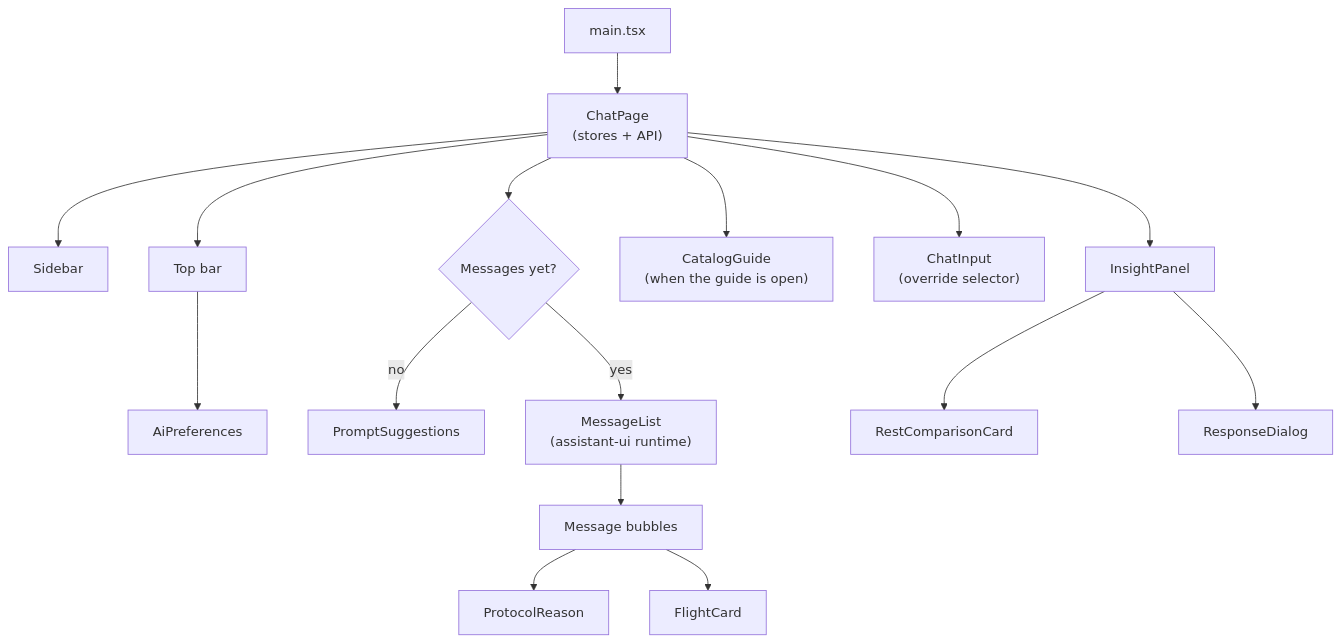
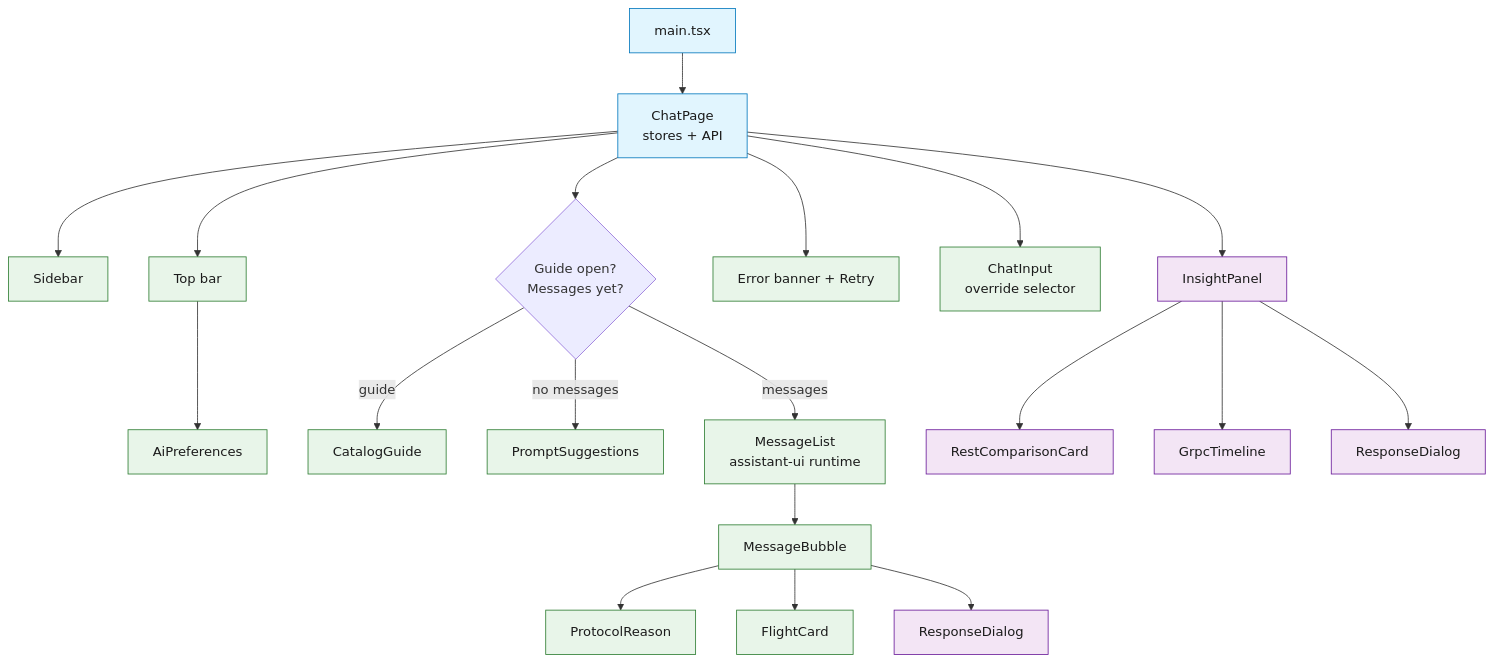
Before and after one commit to spietrek-insight/rest-graphql-grpc-ai-routing: the fourth of 7 diagrams in docs/study-guide-frontend.md, drawn with Mermaid. The commit also changed other lines of this file and 2 other files, not shown here.

Commit message:
update study guide and deck

````diff
--- a/docs/study-guide-frontend.md
+++ b/docs/study-guide-frontend.md
@@ -57,18 +802,27 @@
 ```mermaid
 flowchart TD
-    M["main.tsx"] --> P["ChatPage<br/>(stores + API)"]
+    M["main.tsx"] --> P["ChatPage<br/>stores + API"]
     P --> SB["Sidebar"]
     P --> TB["Top bar"]
     TB --> AP["AiPreferences"]
-    P --> W{"Messages yet?"}
-    W -- no --> PS["PromptSuggestions"]
-    W -- yes --> ML["MessageList<br/>(assistant-ui runtime)"]
-    ML --> MB["Message bubbles"]
+    P --> W{"Guide open?<br/>Messages yet?"}
+    W -- "guide" --> CG["CatalogGuide"]
+    W -- "no messages" --> PS["PromptSuggestions"]
+    W -- "messages" --> ML["MessageList<br/>assistant-ui runtime"]
+    ML --> MB["MessageBubble"]
     MB --> PR["ProtocolReason"]
     MB --> FC["FlightCard"]
-    P --> CG["CatalogGuide<br/>(when the guide is open)"]
-    P --> CI["ChatInput<br/>(override selector)"]
+    MB --> RD1["ResponseDialog"]
+    P --> EB["Error banner + Retry"]
+    P --> CI["ChatInput<br/>override selector"]
     P --> IP["InsightPanel"]
     IP --> RC["RestComparisonCard"]
-    IP --> RD["ResponseDialog"]
+    IP --> GT["GrpcTimeline"]
+    IP --> RD2["ResponseDialog"]
+    classDef runtime fill:#e1f5fe,stroke:#0277bd,color:#1b1b1b
+    classDef domain fill:#e8f5e9,stroke:#2e7d32,color:#1b1b1b
+    classDef gov fill:#f3e5f5,stroke:#6a1b9a,color:#1b1b1b
+    class M,P runtime
+    class SB,TB,AP,CG,PS,ML,MB,PR,FC,CI,EB domain
+    class IP,RC,GT,RD1,RD2 gov
 ```
````
